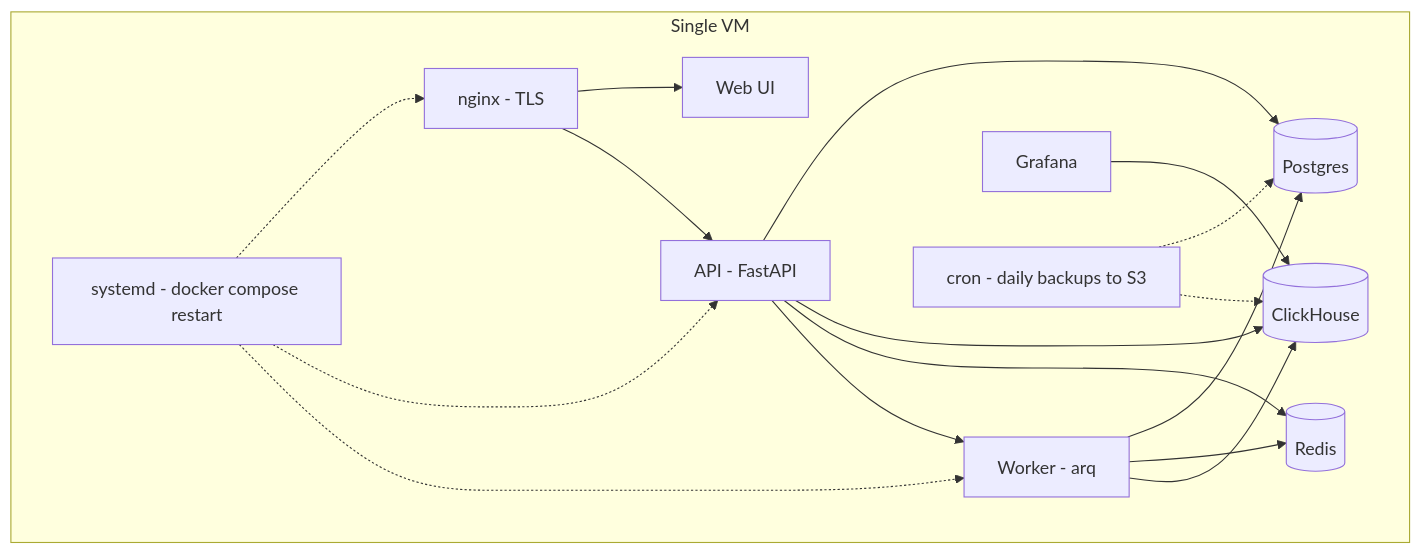
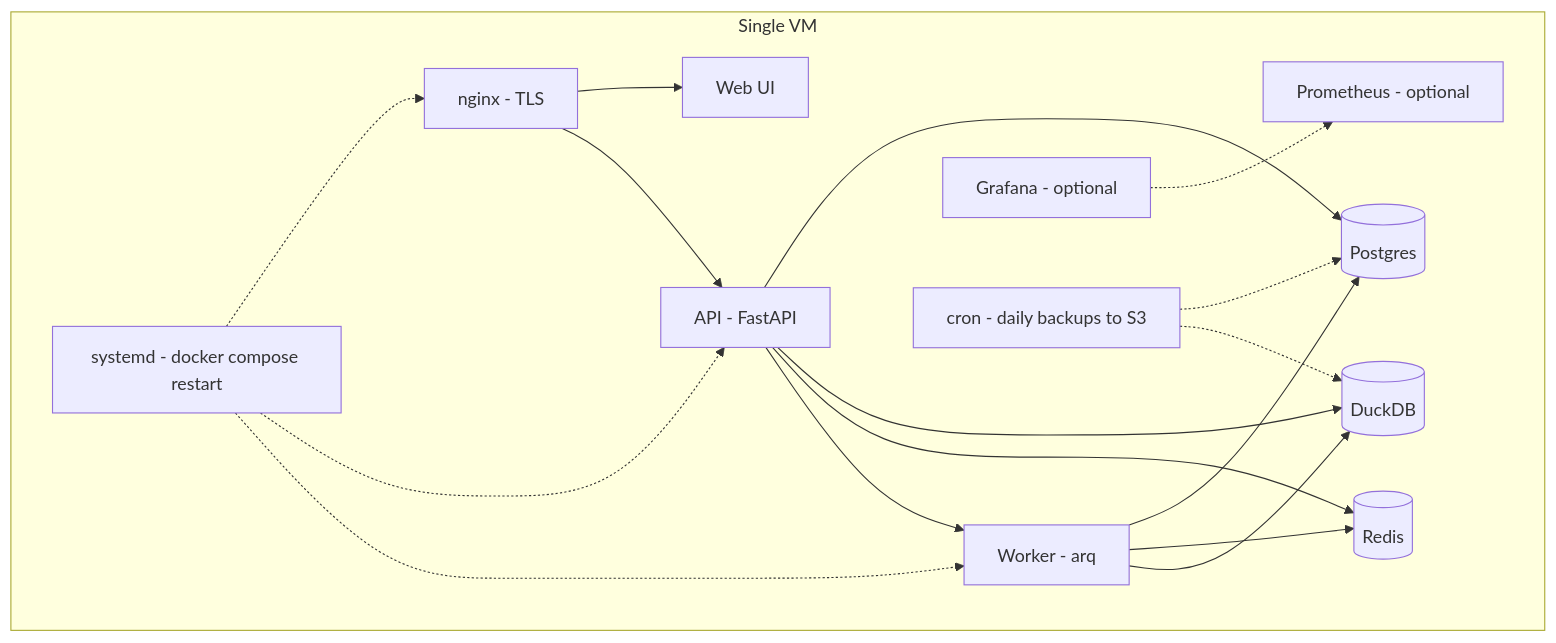
Before and after one commit to Observal/Observal: the diagram in docs/self-hosting/single-node-deploy.md, drawn with Mermaid. The commit also changed other lines of this file and 315 other files, not shown here.

First line of the commit message:
feat(analytics)!: replace ClickHouse with DuckDB

````diff
--- a/docs/self-hosting/single-node-deploy.md
+++ b/docs/self-hosting/single-node-deploy.md
@@ -24,31 +25,32 @@
 ```mermaid
 flowchart TB
     subgraph vm[Single VM]
         nginx["nginx - TLS"]
         web[Web UI]
         api["API - FastAPI"]
         worker["Worker - arq"]
         pg[(Postgres)]
         redis[(Redis)]
-        ch[(ClickHouse)]
-        grafana[Grafana]
+        duckdb[(DuckDB)]
+        grafana[Grafana - optional]
+        prometheus[Prometheus - optional]
         systemd["systemd - docker compose restart"]
         cron["cron - daily backups to S3"]
     end
 
     nginx --> web
     nginx --> api
     api --> pg
-    api --> ch
+    api --> duckdb
     api --> redis
     api --> worker
     worker --> pg
     worker --> redis
-    worker --> ch
-    grafana --> ch
+    worker --> duckdb
+    grafana -.-> prometheus
     systemd -.-> nginx
     systemd -.-> api
     systemd -.-> worker
     cron -.-> pg
-    cron -.-> ch
+    cron -.-> duckdb
 ```
````
